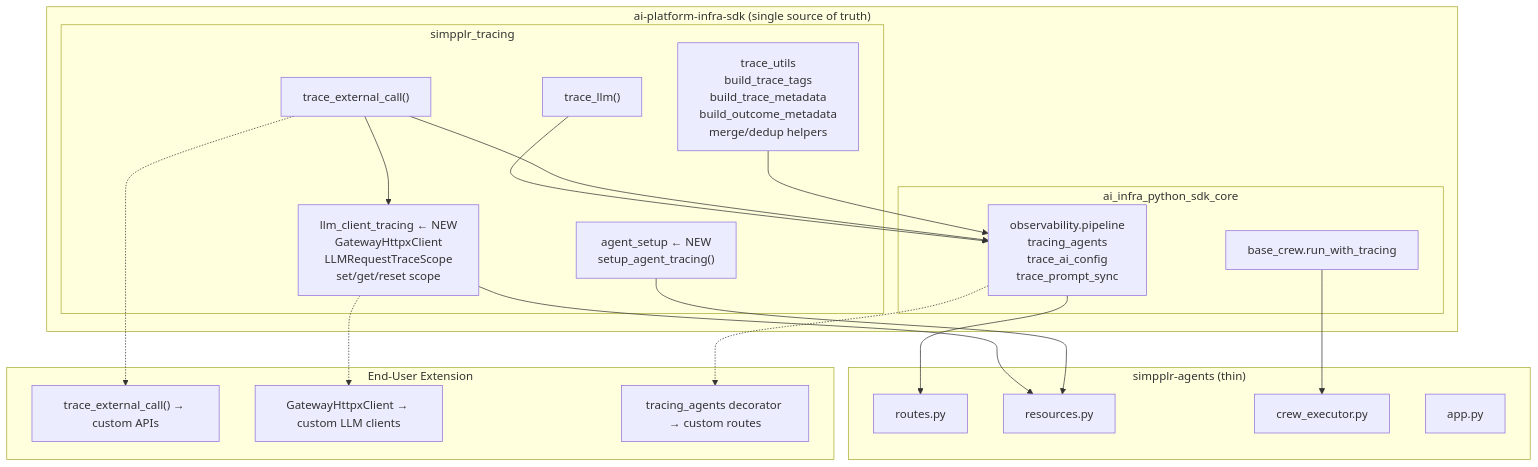
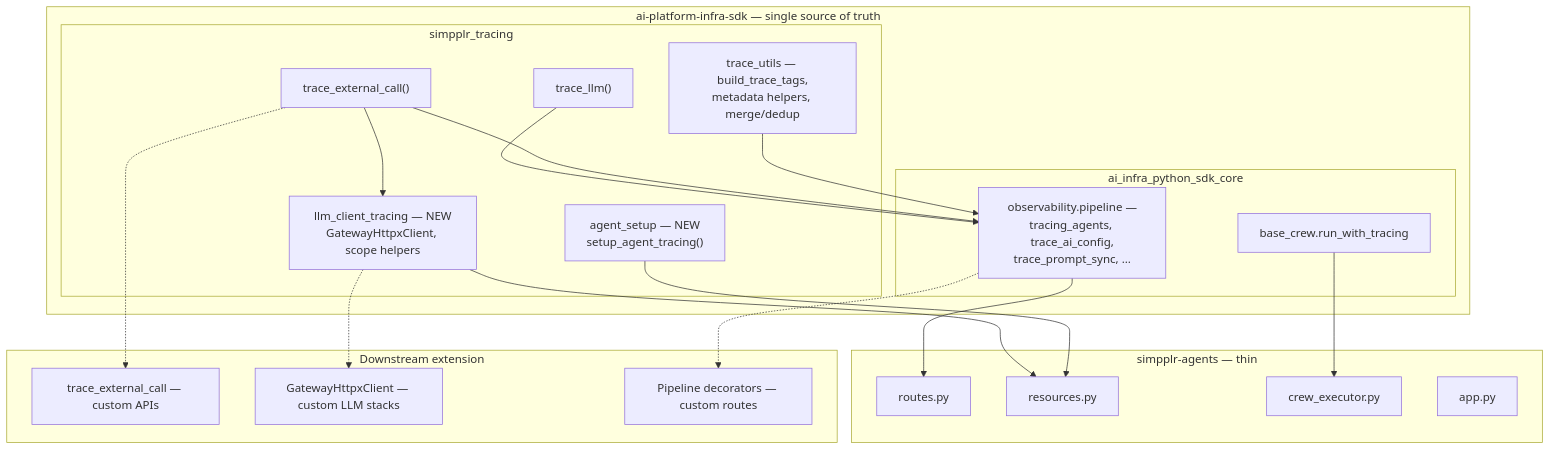
One commit to nishipaul/AI_Content_Agent_Replica changed the second of 4 diagrams in temp_trace.md. Above: the diagram before and after it, drawn with Mermaid. The commit also changed other lines of this file, not shown here.

First line of the commit message:
Refactor tracing migration architecture and documentation

````diff
--- a/temp_trace.md
+++ b/temp_trace.md
@@ -42,42 +53,42 @@
 ```mermaid
 graph TB
-  subgraph SDK["ai-platform-infra-sdk (single source of truth)"]
+  subgraph SDK["ai-platform-infra-sdk — single source of truth"]
     subgraph ST["simpplr_tracing"]
       TL["trace_llm()"]
       TEC["trace_external_call()"]
-      TU2["trace_utils\nbuild_trace_tags\nbuild_trace_metadata\nbuild_outcome_metadata\nmerge/dedup helpers"]
-      LCT["llm_client_tracing ← NEW\nGatewayHttpxClient\nLLMRequestTraceScope\nset/get/reset scope"]
-      AS["agent_setup ← NEW\nsetup_agent_tracing()"]
+      TU2["trace_utils — build_trace_tags,<br/>metadata helpers, merge/dedup"]
+      LCT["llm_client_tracing — NEW<br/>GatewayHttpxClient, scope helpers"]
+      AS["agent_setup — NEW<br/>setup_agent_tracing()"]
     end
 
     subgraph Core["ai_infra_python_sdk_core"]
-      PD["observability.pipeline\ntracing_agents\ntrace_ai_config\ntrace_prompt_sync"]
+      PD["observability.pipeline —<br/>tracing_agents, trace_ai_config,<br/>trace_prompt_sync, …"]
       BC["base_crew.run_with_tracing"]
     end
   end
 
-  subgraph SA["simpplr-agents (thin)"]
+  subgraph SA["simpplr-agents — thin"]
     R["routes.py"]
     RS["resources.py"]
     CE["crew_executor.py"]
     AP["app.py"]
   end
 
   TL & TEC --> PD
   TEC --> LCT
   TU2 --> PD
   PD --> R
   LCT --> RS
   AS --> RS
   BC --> CE
 
-  subgraph UE["End-User Extension"]
-    U1["trace_external_call() → custom APIs"]
-    U2["GatewayHttpxClient → custom LLM clients"]
-    U3["tracing_agents decorator → custom routes"]
+  subgraph UE["Downstream extension"]
+    U1["trace_external_call — custom APIs"]
+    U2["GatewayHttpxClient — custom LLM stacks"]
+    U3["Pipeline decorators — custom routes"]
   end
 
   TEC -.-> U1
   LCT -.-> U2
   PD -.-> U3
 ```
````
